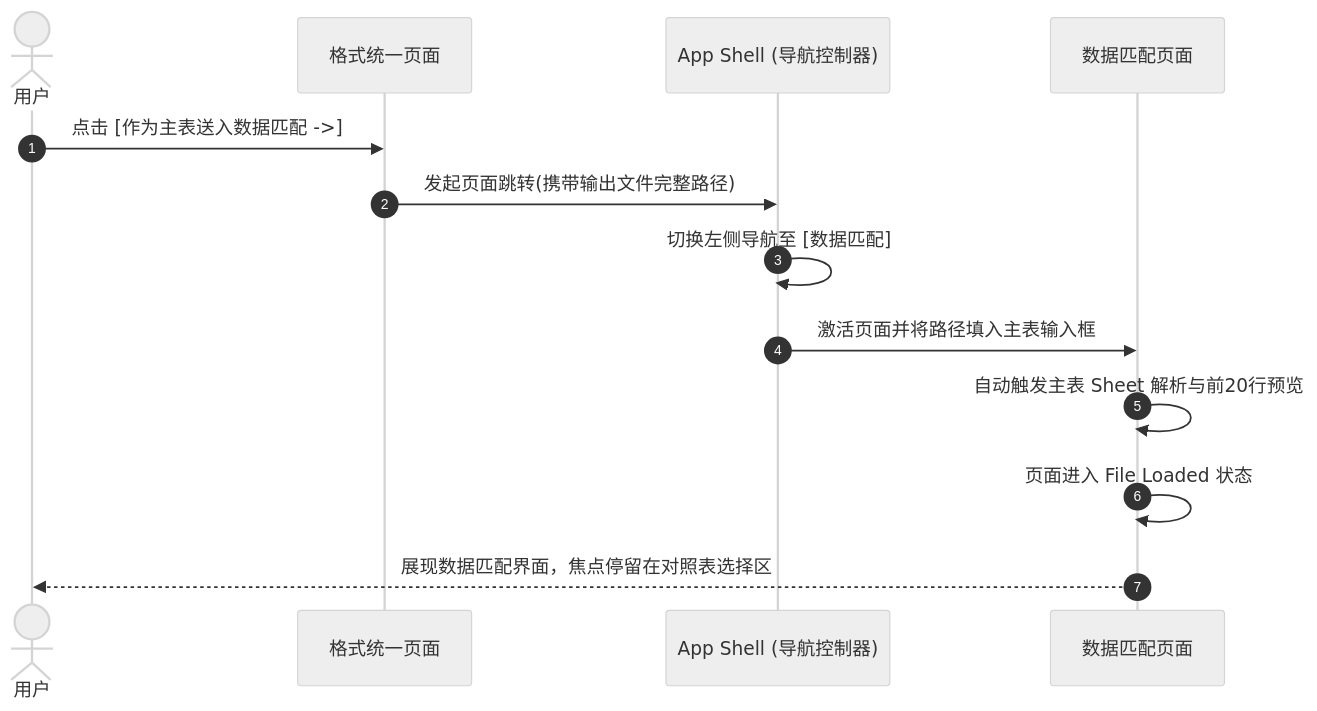
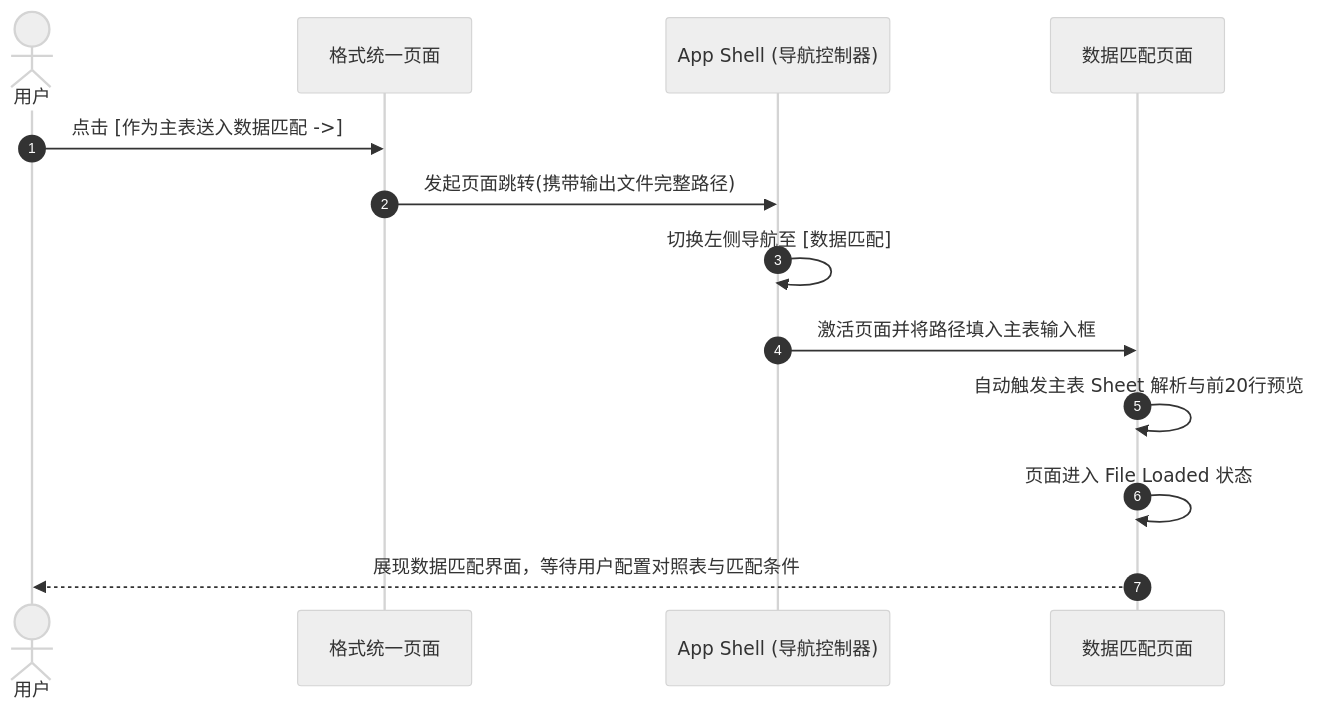
The diagram in docs/ui-spec.md (lzx0215/TabularStudio), drawn with Mermaid (neutral theme) before and after one commit. The commit also changed other lines of this file, not shown here.

````diff
--- a/docs/ui-spec.md
+++ b/docs/ui-spec.md
@@ -370,16 +376,16 @@
      ```mermaid
      sequenceDiagram
          autonumber
          actor User as 用户
          participant Page1 as 格式统一页面
          participant Shell as App Shell (导航控制器)
          participant Page2 as 数据匹配页面
 
          User->>Page1: 点击 [作为主表送入数据匹配 ->]
          Page1->>Shell: 发起页面跳转(携带输出文件完整路径)
          Shell->>Shell: 切换左侧导航至 [数据匹配]
          Shell->>Page2: 激活页面并将路径填入主表输入框
          Page2->>Page2: 自动触发主表 Sheet 解析与前20行预览
          Page2->>Page2: 页面进入 File Loaded 状态
-         Page2-->>User: 展现数据匹配界面，焦点停留在对照表选择区
+         Page2-->>User: 展现数据匹配界面，等待用户配置对照表与匹配条件
      ```
````
